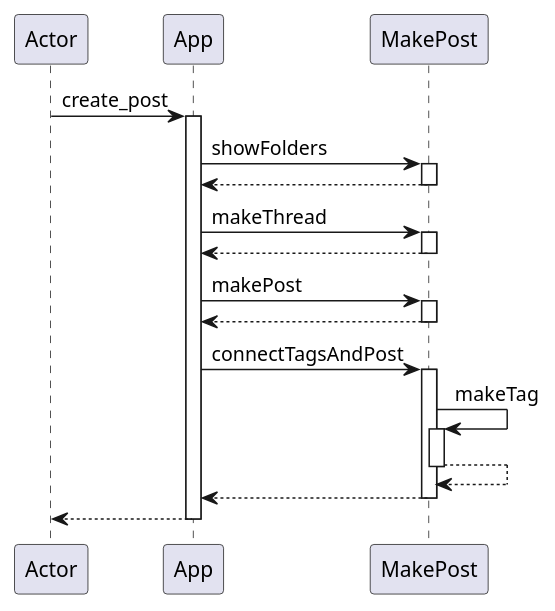
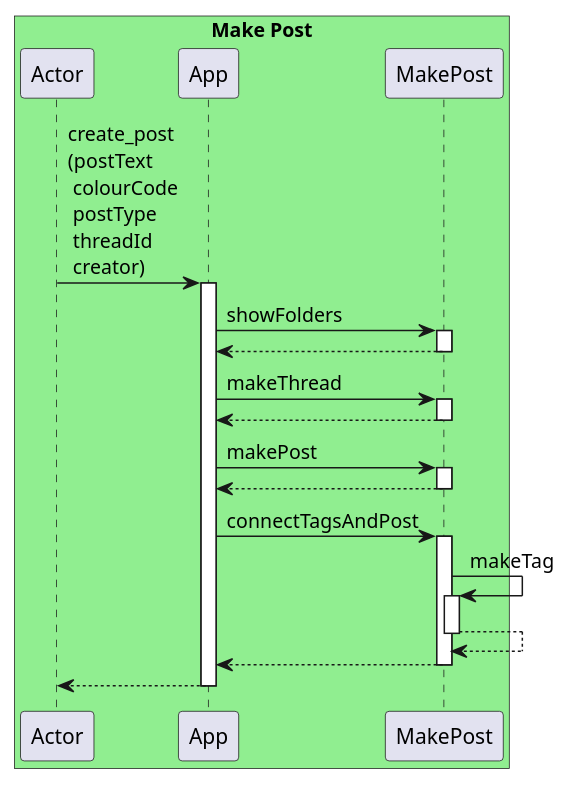
The diagram in MakePostSequenceDiagram.puml (jonatanr2000/databaseprojsekt-del2), drawn with PlantUML before and after one commit. The commit also changed 3 other files, not shown here.

Commit message:
vegan uml

```diff
--- a/MakePostSequenceDiagram.puml
+++ b/MakePostSequenceDiagram.puml
@@ -1,26 +1,27 @@
 @startuml
+box "Make Post" #lightgreen
 participant Actor
-Actor -> App : create_post
+Actor -> App : create_post \n(postText \n colourCode \n postType \n threadId \n creator)
 activate App
 App -> MakePost : showFolders
 activate MakePost
 MakePost --> App
 deactivate MakePost
 App -> MakePost : makeThread
 activate MakePost
 MakePost --> App
 deactivate MakePost
 App -> MakePost : makePost
 activate MakePost
 MakePost --> App
 deactivate MakePost
 App -> MakePost : connectTagsAndPost
 activate MakePost
 MakePost -> MakePost : makeTag
 activate MakePost
 MakePost --> MakePost
 deactivate MakePost
 MakePost --> App
-deactivate MakePost
+deactivate MakePost 
 return
 @enduml
```
